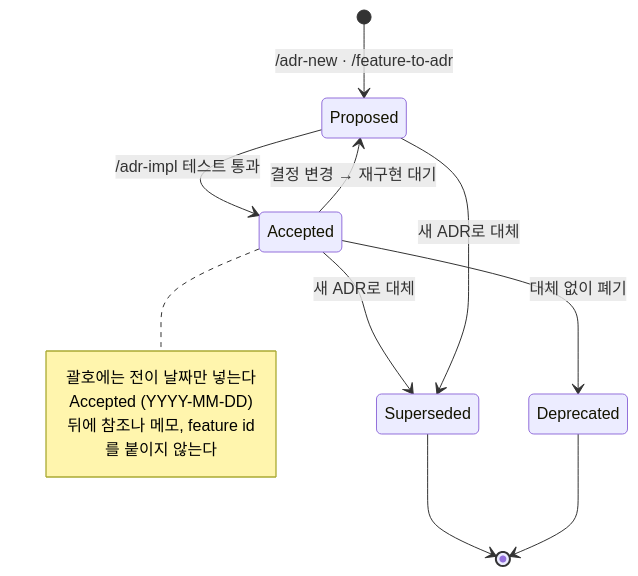
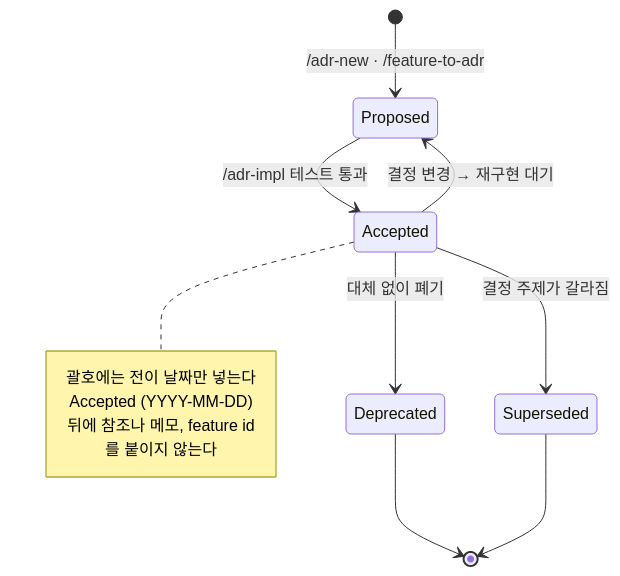
Before and after one commit to haandol/alps-writer-mcp: the seventh of 8 diagrams in docs/adr-process.md, drawn with Mermaid. The commit also changed other lines of this file and 4 other files, not shown here.

````diff
--- a/docs/adr-process.md
+++ b/docs/adr-process.md
@@ -354,17 +354,16 @@
 ```mermaid
 stateDiagram-v2
     [*] --> Proposed: /adr-new · /feature-to-adr
     Proposed --> Accepted: /adr-impl 테스트 통과
     Accepted --> Proposed: 결정 변경 → 재구현 대기
     Accepted --> Deprecated: 대체 없이 폐기
-    Accepted --> Superseded: 새 ADR로 대체
-    Proposed --> Superseded: 새 ADR로 대체
+    Accepted --> Superseded: 결정 주제가 갈라짐
+    Deprecated --> [*]
     Superseded --> [*]
-    Deprecated --> [*]
 
     note right of Accepted
         괄호에는 전이 날짜만 넣는다
         Accepted (YYYY-MM-DD)
         뒤에 참조나 메모, feature id를 붙이지 않는다
     end note
 ```
````
